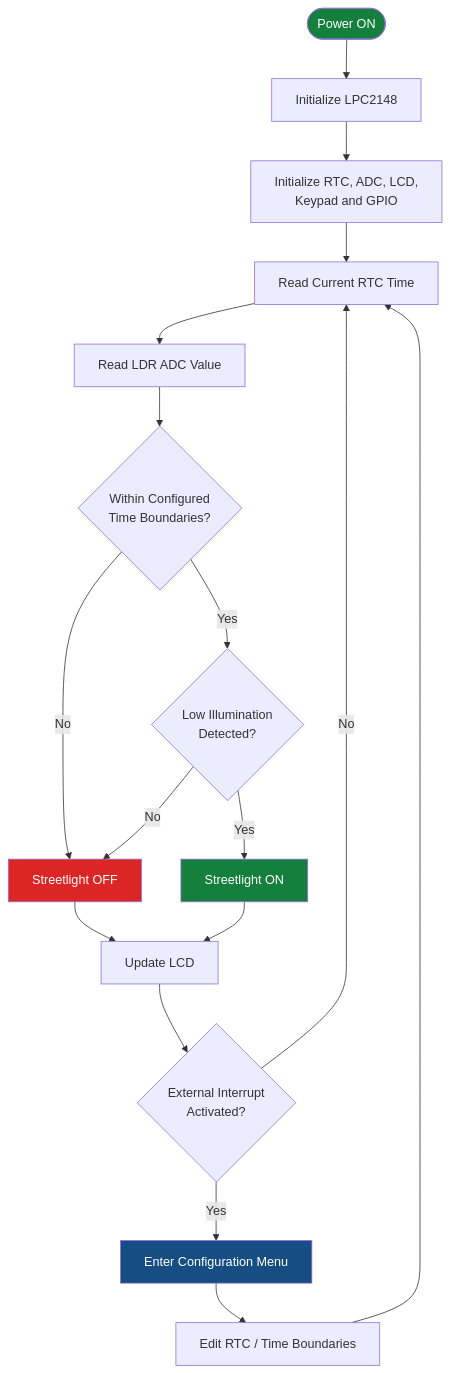
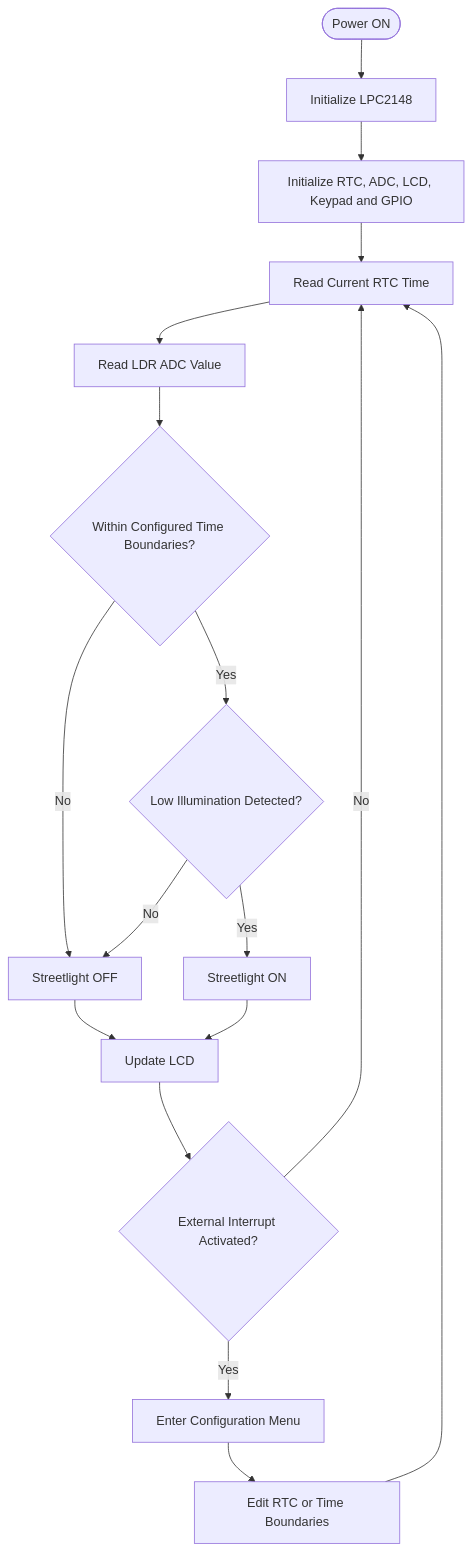
Before and after one commit to jaswanth737/Adaptive-Street-Light-Control-LPC2148: the diagram in README.md, drawn with Mermaid. The commit also changed other lines of this file, not shown here.

````diff
--- a/README.md
+++ b/README.md
@@ -274,24 +80,25 @@
 ```mermaid
 flowchart TD
-    A([Power ON]) --> B["Initialize LPC2148"]
-    B --> C["Initialize RTC, ADC, LCD,<br/>Keypad and GPIO"]
-    C --> D["Read Current RTC Time"]
-    D --> E["Read LDR ADC Value"]
-    E --> F{"Within Configured<br/>Time Boundaries?"}
-    F -- No --> G["Streetlight OFF"]
-    F -- Yes --> H{"Low Illumination<br/>Detected?"}
+    A([Power ON]) --> B[Initialize LPC2148]
+    B --> C[Initialize RTC, ADC, LCD, Keypad and GPIO]
+    C --> D[Read Current RTC Time]
+    D --> E[Read LDR ADC Value]
+    E --> F{Within Configured Time Boundaries?}
+
+    F -- No --> G[Streetlight OFF]
+    F -- Yes --> H{Low Illumination Detected?}
+
     H -- No --> G
-    H -- Yes --> I["Streetlight ON"]
-    G --> J["Update LCD"]
+    H -- Yes --> I[Streetlight ON]
+
+    G --> J[Update LCD]
     I --> J
-    J --> K{"External Interrupt<br/>Activated?"}
-    K -- Yes --> L["Enter Configuration Menu"]
-    L --> M["Edit RTC / Time Boundaries"]
+
+    J --> K{External Interrupt Activated?}
+
+    K -- Yes --> L[Enter Configuration Menu]
+    L --> M[Edit RTC or Time Boundaries]
     M --> D
+
     K -- No --> D
-
-    style A fill:#15803d,color:#fff
-    style I fill:#15803d,color:#fff
-    style G fill:#dc2626,color:#fff
-    style L fill:#164e83,color:#fff
 ```
````
